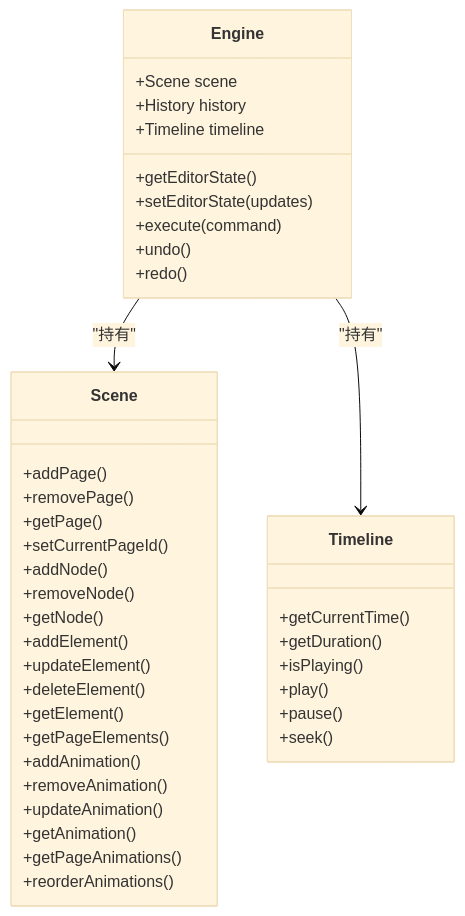
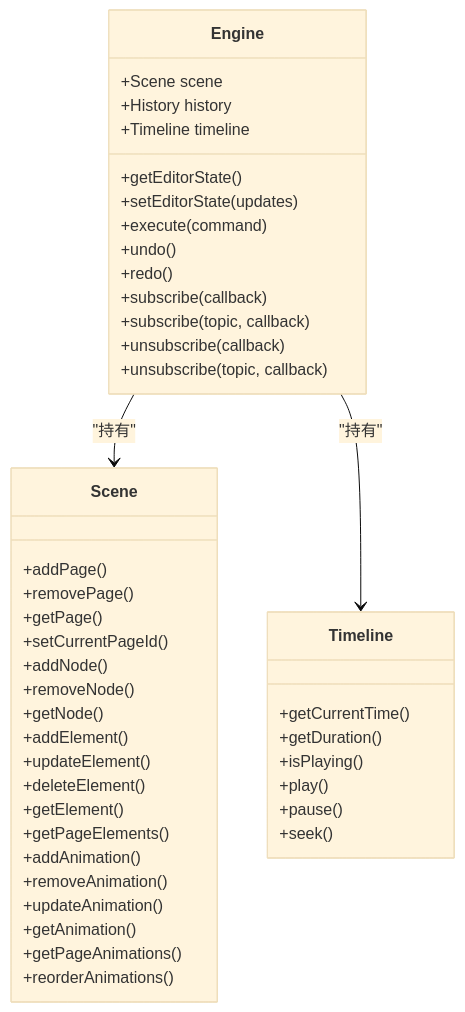
The seventh of 8 diagrams in .qoder/repowiki/zh/content/类型系统.md (Anna0314zy/ai_editor_enginer), drawn with Mermaid (base theme) before and after one commit. The commit also changed other lines of this file and 25 other files, not shown here.

````diff
--- a/.qoder/repowiki/zh/content/类型系统.md
+++ b/.qoder/repowiki/zh/content/类型系统.md
@@ -359,43 +375,47 @@
 ```mermaid
 classDiagram
 class Engine {
 +Scene scene
 +History history
 +Timeline timeline
 +getEditorState()
 +setEditorState(updates)
 +execute(command)
 +undo()
 +redo()
++subscribe(callback)
++subscribe(topic, callback)
++unsubscribe(callback)
++unsubscribe(topic, callback)
 }
 class Scene {
 +addPage()
 +removePage()
 +getPage()
 +setCurrentPageId()
 +addNode()
 +removeNode()
 +getNode()
 +addElement()
 +updateElement()
 +deleteElement()
 +getElement()
 +getPageElements()
 +addAnimation()
 +removeAnimation()
 +updateAnimation()
 +getAnimation()
 +getPageAnimations()
 +reorderAnimations()
 }
 class Timeline {
 +getCurrentTime()
 +getDuration()
 +isPlaying()
 +play()
 +pause()
 +seek()
 }
 Engine --> Scene : "持有"
 Engine --> Timeline : "持有"
 ```
````
